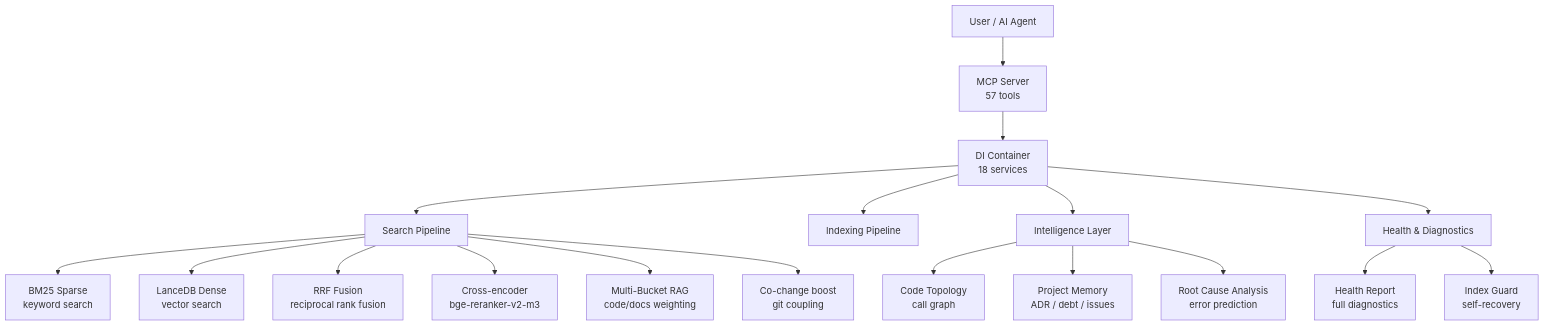
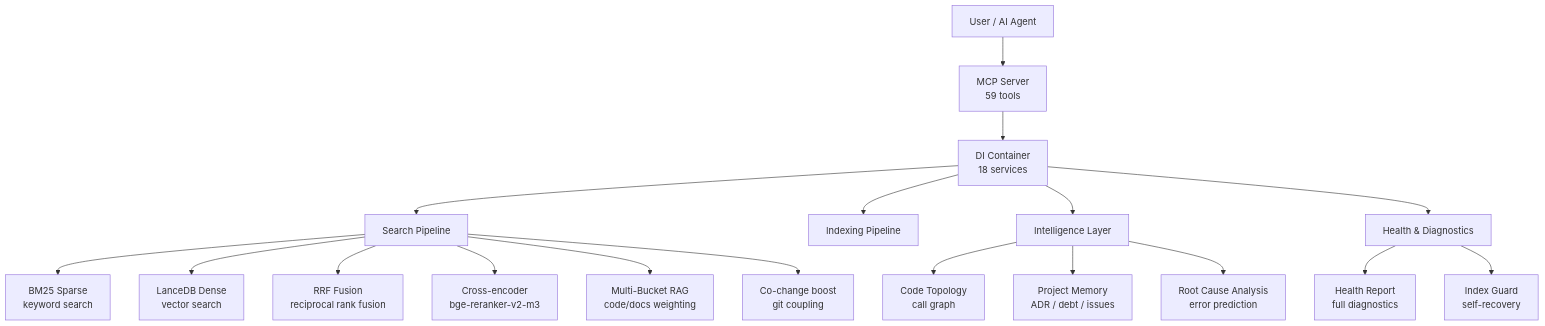
Before and after one commit to ManSio/mscodebase-intelligence: the first of 8 diagrams in docs/ru/ARCHITECTURE_DEEP.md, drawn with Mermaid. The commit also changed other lines of this file and 50 other files, not shown here.

````diff
--- a/docs/ru/ARCHITECTURE_DEEP.md
+++ b/docs/ru/ARCHITECTURE_DEEP.md
@@ -10,23 +10,23 @@
 ```mermaid
 flowchart TD
-    User[User / AI Agent] --> MCP[MCP Server\n57 tools]
+    User[User / AI Agent] --> MCP[MCP Server\n59 tools]
     MCP --> DI[DI Container\n18 services]
     DI --> Search[Search Pipeline]
     DI --> Index[Indexing Pipeline]
     DI --> Intel[Intelligence Layer]
     DI --> Health[Health & Diagnostics]
     
     Search --> BM25[BM25 Sparse\nkeyword search]
     Search --> Dense[LanceDB Dense\nvector search]
     Search --> RRF[RRF Fusion\nreciprocal rank fusion]
     Search --> Rerank[Cross-encoder\nbge-reranker-v2-m3]
     Search --> Bucket[Multi-Bucket RAG\ncode/docs weighting]
     Search --> CoChange[Co-change boost\ngit coupling]
     
     Intel --> Topology[Code Topology\ncall graph]
     Intel --> Memory[Project Memory\nADR / debt / issues]
     Intel --> RCA[Root Cause Analysis\nerror prediction]
     
     Health --> Report[Health Report\nfull diagnostics]
     Health --> Guard[Index Guard\nself-recovery]
 ```
````
